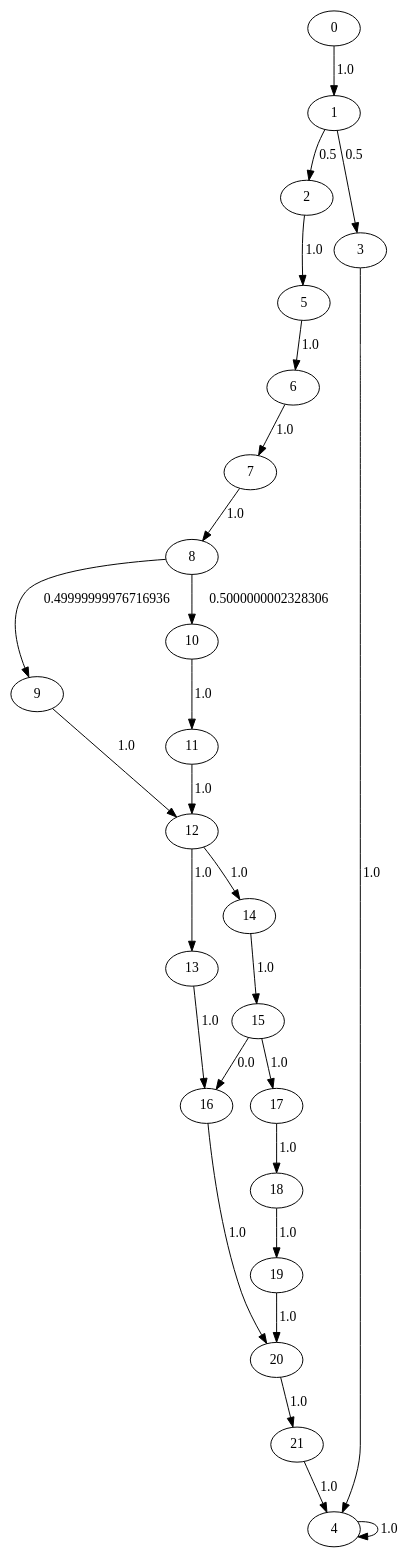
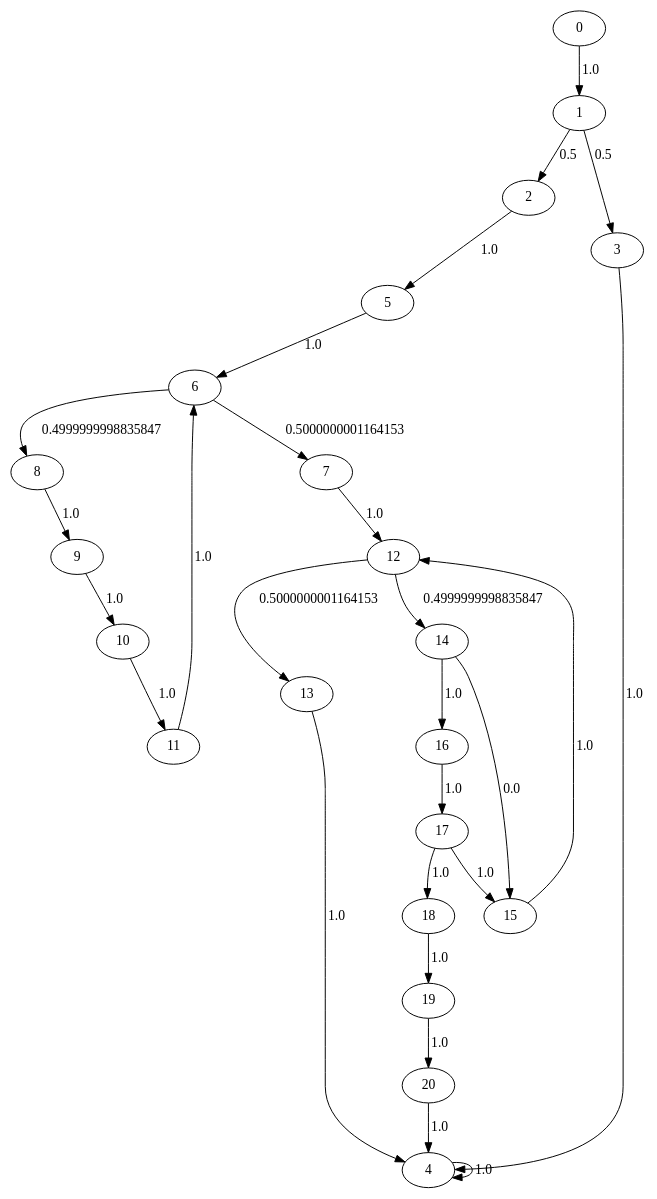
One commit to seemantasaha/DependencyAnalysis changed the diagram in t.dot. Above: the diagram before and after it, drawn with Graphviz. The commit also changed 12 other files, not shown here.

```diff
--- a/t.dot
+++ b/t.dot
@@ -1,28 +1,28 @@
 digraph {
 	0 -> 1[label= "1.0"];
 	1 -> 2[label= "0.5"];
 	1 -> 3[label= "0.5"];
 	3 -> 4[label= "1.0"];
 	2 -> 5[label= "1.0"];
 	5 -> 6[label= "1.0"];
-	6 -> 7[label= "1.0"];
-	7 -> 8[label= "1.0"];
-	8 -> 9[label= "0.49999999976716936"];
-	8 -> 10[label= "0.5000000002328306"];
+	6 -> 7[label= "0.5000000001164153"];
+	6 -> 8[label= "0.4999999998835847"];
+	8 -> 9[label= "1.0"];
+	9 -> 10[label= "1.0"];
 	10 -> 11[label= "1.0"];
-	11 -> 12[label= "1.0"];
-	9 -> 12[label= "1.0"];
-	12 -> 13[label= "1.0"];
-	12 -> 14[label= "1.0"];
-	14 -> 15[label= "1.0"];
-	15 -> 16[label= "0.0"];
-	15 -> 17[label= "1.0"];
+	11 -> 6[label= "1.0"];
+	7 -> 12[label= "1.0"];
+	12 -> 13[label= "0.5000000001164153"];
+	12 -> 14[label= "0.4999999998835847"];
+	14 -> 15[label= "0.0"];
+	14 -> 16[label= "1.0"];
+	16 -> 17[label= "1.0"];
+	17 -> 15[label= "1.0"];
 	17 -> 18[label= "1.0"];
 	18 -> 19[label= "1.0"];
 	19 -> 20[label= "1.0"];
-	13 -> 16[label= "1.0"];
-	16 -> 20[label= "1.0"];
-	20 -> 21[label= "1.0"];
-	21 -> 4[label= "1.0"];
+	20 -> 4[label= "1.0"];
+	15 -> 12[label= "1.0"];
+	13 -> 4[label= "1.0"];
 	4 -> 4[label= "1.0"];
 }
```
